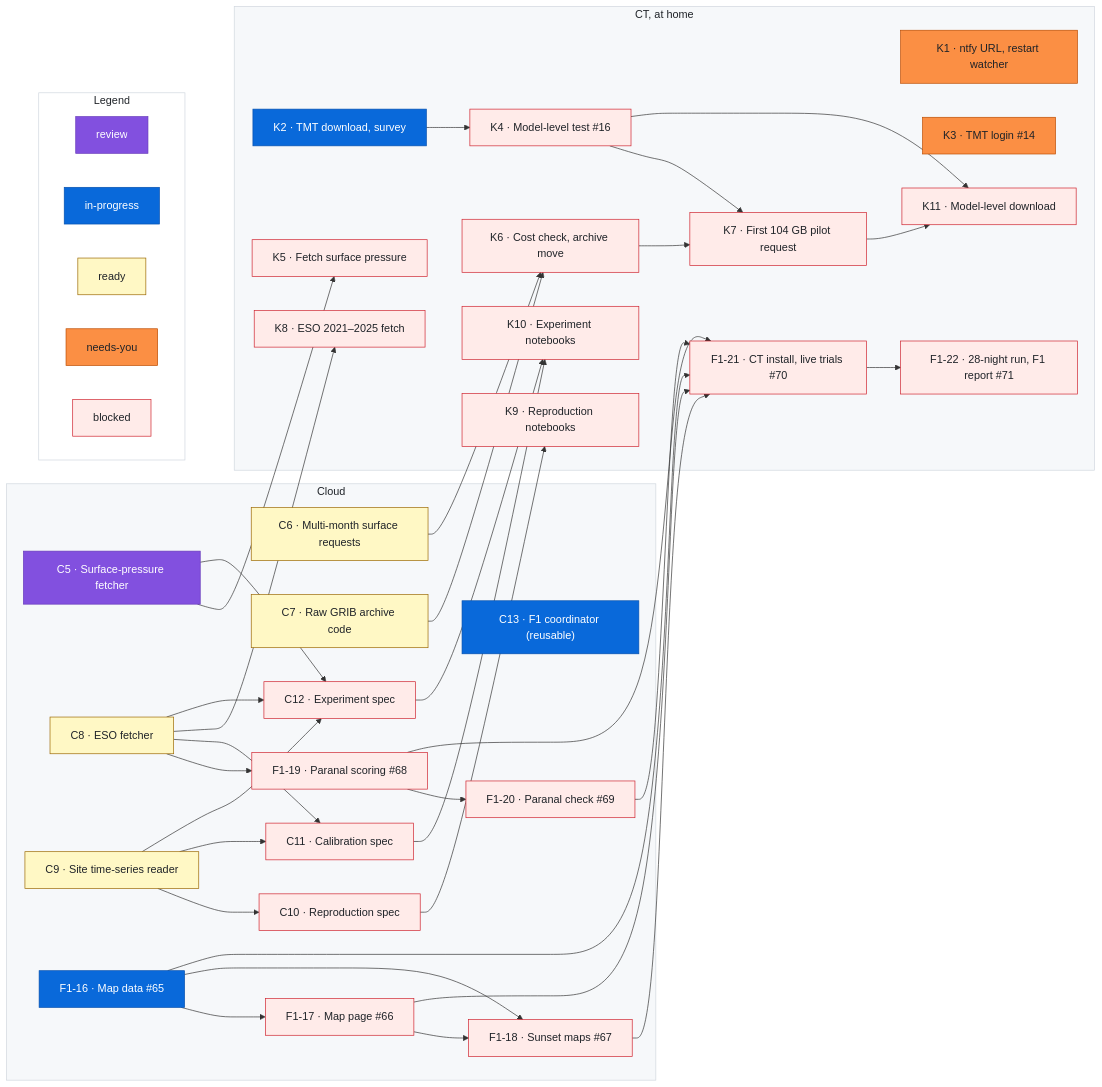
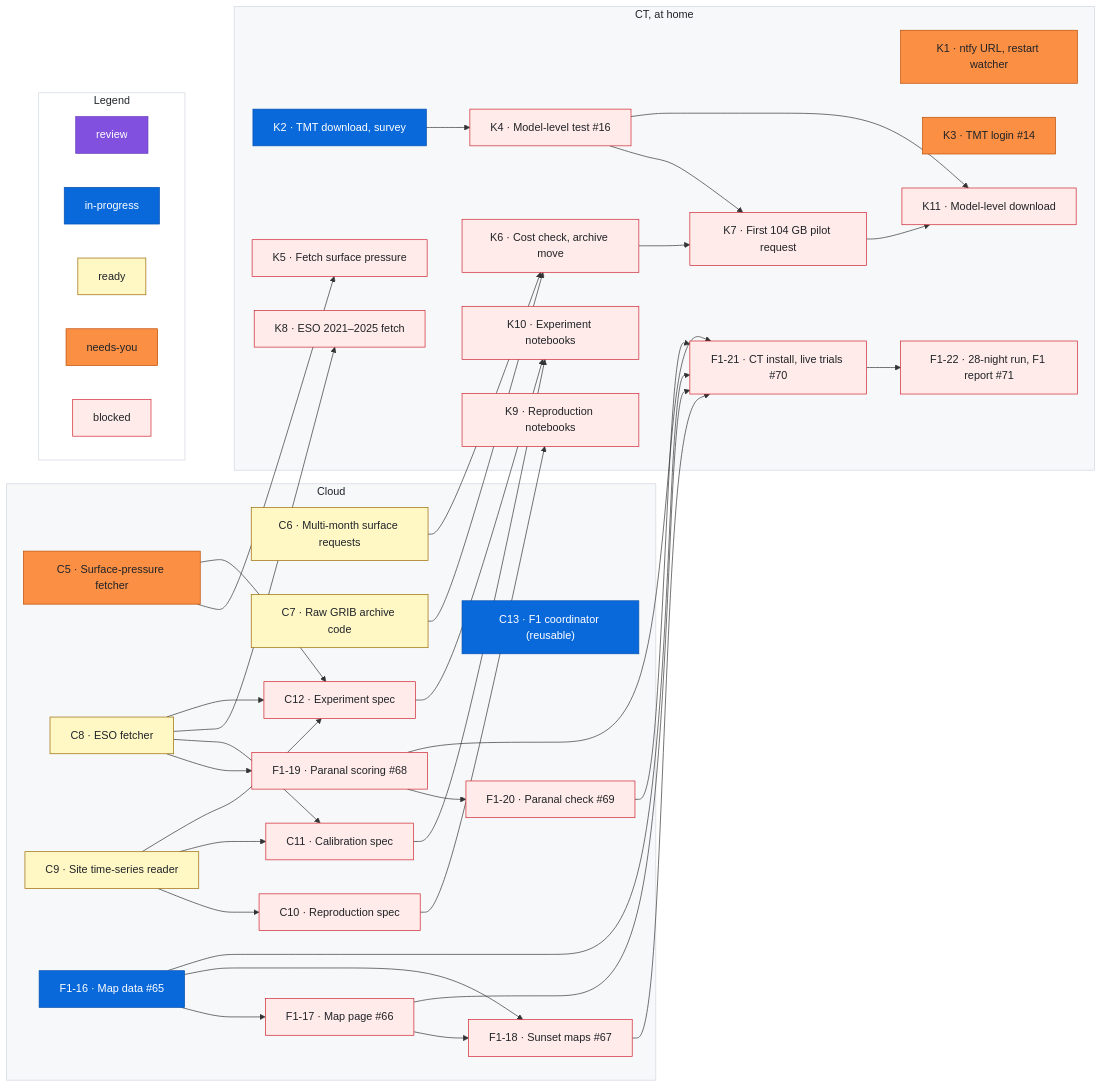
One commit to rrweller/Astro-seeing changed the diagram in docs/roadmap.md. Above: the diagram before and after it, drawn with Mermaid. The commit also changed other lines of this file, not shown here.

Commit message:
roadmap: C5 review → needs-you

```diff
--- a/docs/roadmap.md
+++ b/docs/roadmap.md
@@ -153,7 +153,7 @@
   classDef needsyou fill:#fb8f44,stroke:#bc4c00,color:#1f2328
   classDef blocked fill:#ffebe9,stroke:#cf222e,color:#1f2328
   %% Status lines: one per item, each followed by a `%% ---` spacer. Sessions change only the last word.
-  class C5 review
+  class C5 needsyou
   %% ---
   class C6 ready
   %% ---
```
